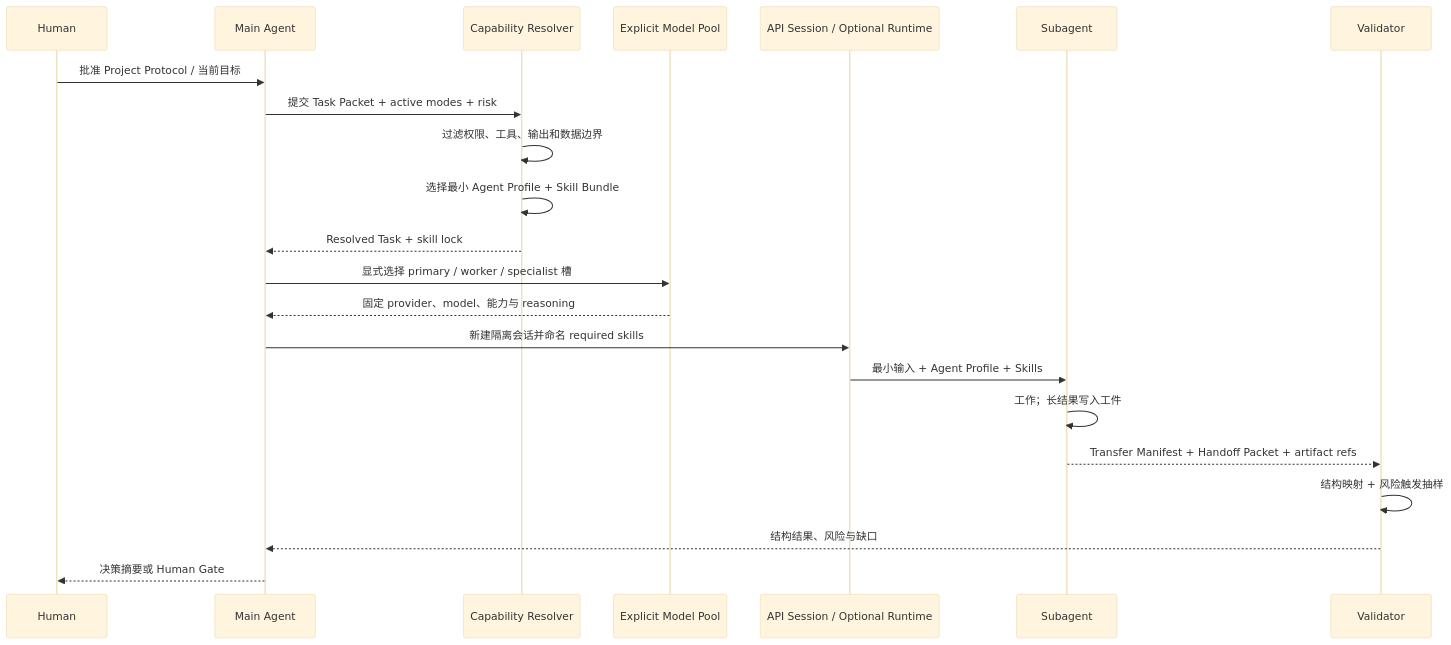
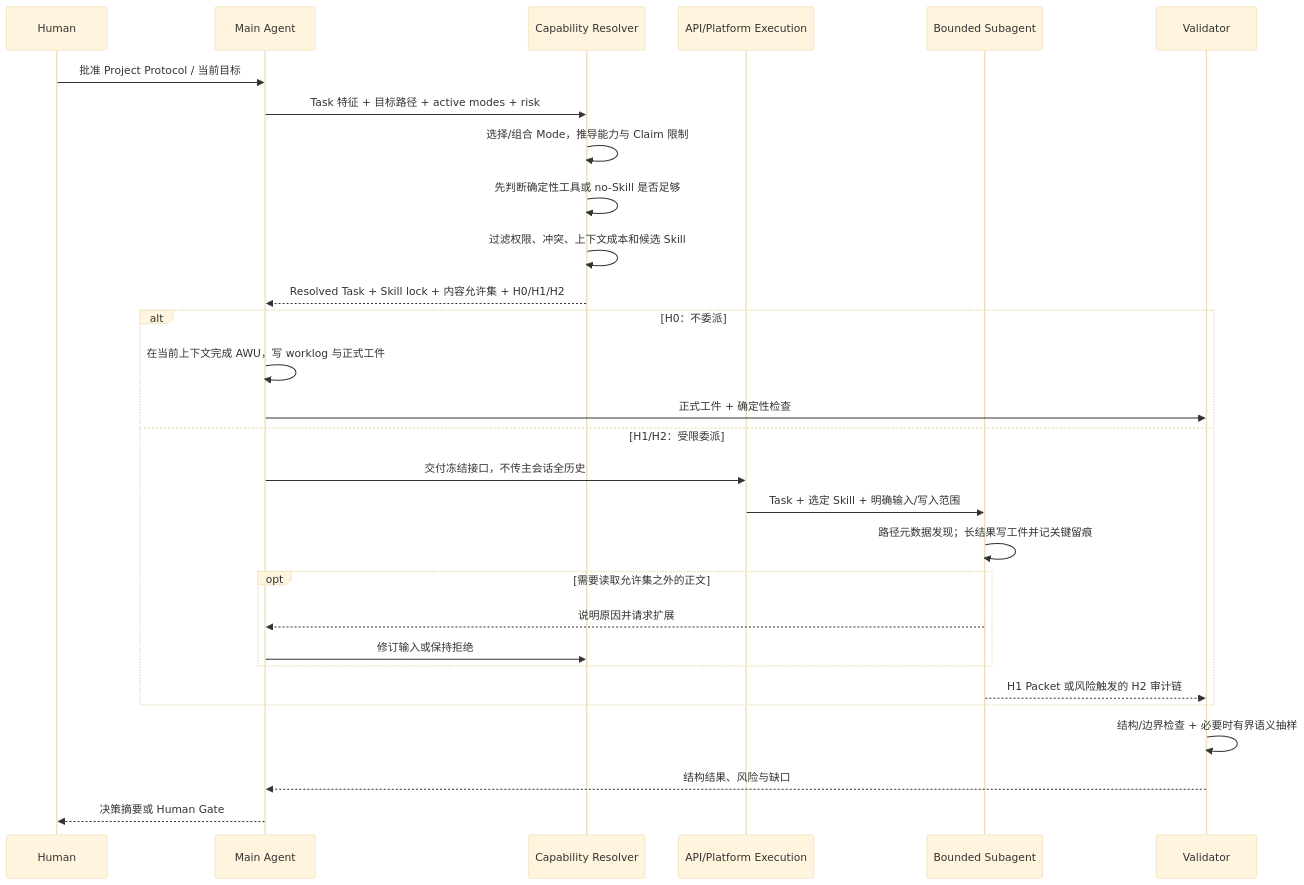
The second of 2 diagrams in docs/ARCHITECTURE.md (Chengyue-Lu/research-agent-workbench), drawn with Mermaid (base theme) before and after one commit. The commit also changed other lines of this file and 27 other files, not shown here.

Commit message:
Shift focus to mode and skill selection

````diff
--- a/docs/ARCHITECTURE.md
+++ b/docs/ARCHITECTURE.md
@@ -138,25 +150,32 @@
 ```mermaid
 sequenceDiagram
     participant H as Human
     participant M as Main Agent
     participant R as Capability Resolver
-    participant P as Explicit Model Pool
-    participant N as API Session / Optional Runtime
-    participant S as Subagent
+    participant E as API/Platform Execution
+    participant S as Bounded Subagent
     participant V as Validator
 
     H->>M: 批准 Project Protocol / 当前目标
-    M->>R: 提交 Task Packet + active modes + risk
-    R->>R: 过滤权限、工具、输出和数据边界
-    R->>R: 选择最小 Agent Profile + Skill Bundle
-    R-->>M: Resolved Task + skill lock
-    M->>P: 显式选择 primary / worker / specialist 槽
-    P-->>M: 固定 provider、model、能力与 reasoning
-    M->>N: 新建隔离会话并命名 required skills
-    N->>S: 最小输入 + Agent Profile + Skills
-    S->>S: 工作；长结果写入工件
-    S-->>V: Transfer Manifest + Handoff Packet + artifact refs
-    V->>V: 结构映射 + 风险触发抽样
+    M->>R: Task 特征 + 目标路径 + active modes + risk
+    R->>R: 选择/组合 Mode，推导能力与 Claim 限制
+    R->>R: 先判断确定性工具或 no-Skill 是否足够
+    R->>R: 过滤权限、冲突、上下文成本和候选 Skill
+    R-->>M: Resolved Task + Skill lock + 内容允许集 + H0/H1/H2
+    alt H0：不委派
+        M->>M: 在当前上下文完成 AWU，写 worklog 与正式工件
+        M->>V: 正式工件 + 确定性检查
+    else H1/H2：受限委派
+        M->>E: 交付冻结接口，不传主会话全历史
+        E->>S: Task + 选定 Skill + 明确输入/写入范围
+        S->>S: 路径元数据发现；长结果写工件并记关键留痕
+        opt 需要读取允许集之外的正文
+            S-->>M: 说明原因并请求扩展
+            M->>R: 修订输入或保持拒绝
+        end
+        S-->>V: H1 Packet 或风险触发的 H2 审计链
+    end
+    V->>V: 结构/边界检查 + 必要时有界语义抽样
     V-->>M: 结构结果、风险与缺口
     M-->>H: 决策摘要或 Human Gate
 ```
````
